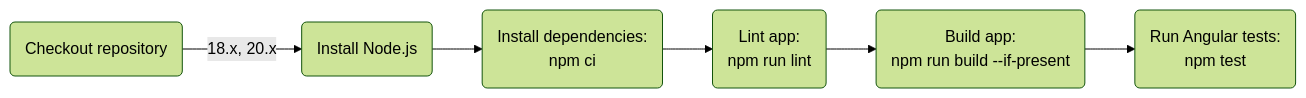
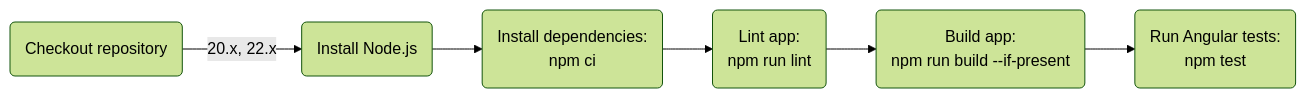
The first of 3 diagrams in README.md (Abhiek187/ez-recipes-web), drawn with Mermaid (forest theme) before and after one commit. The commit also changed 1 other file, not shown here.

Commit message:
Upgrade Node 18 to 22

````diff
--- a/README.md
+++ b/README.md
@@ -43,9 +43,9 @@
 ```mermaid
 flowchart LR
 
-A(Checkout repository) -->|18.x, 20.x| B(Install Node.js)
+A(Checkout repository) -->|20.x, 22.x| B(Install Node.js)
 B --> C(Install dependencies:<br>npm ci)
 C --> D(Lint app:<br>npm run lint)
 D --> E(Build app:<br>npm run build --if-present)
 E --> F(Run Angular tests:<br>npm test)
 ```
````
